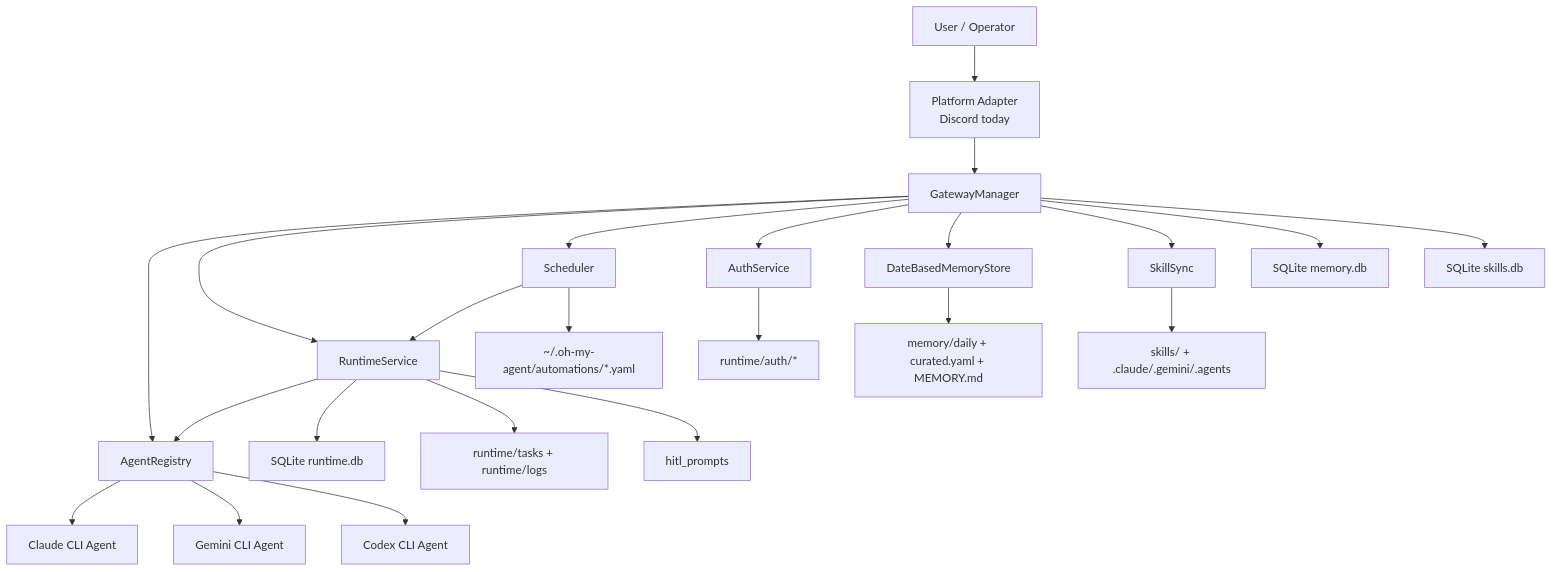
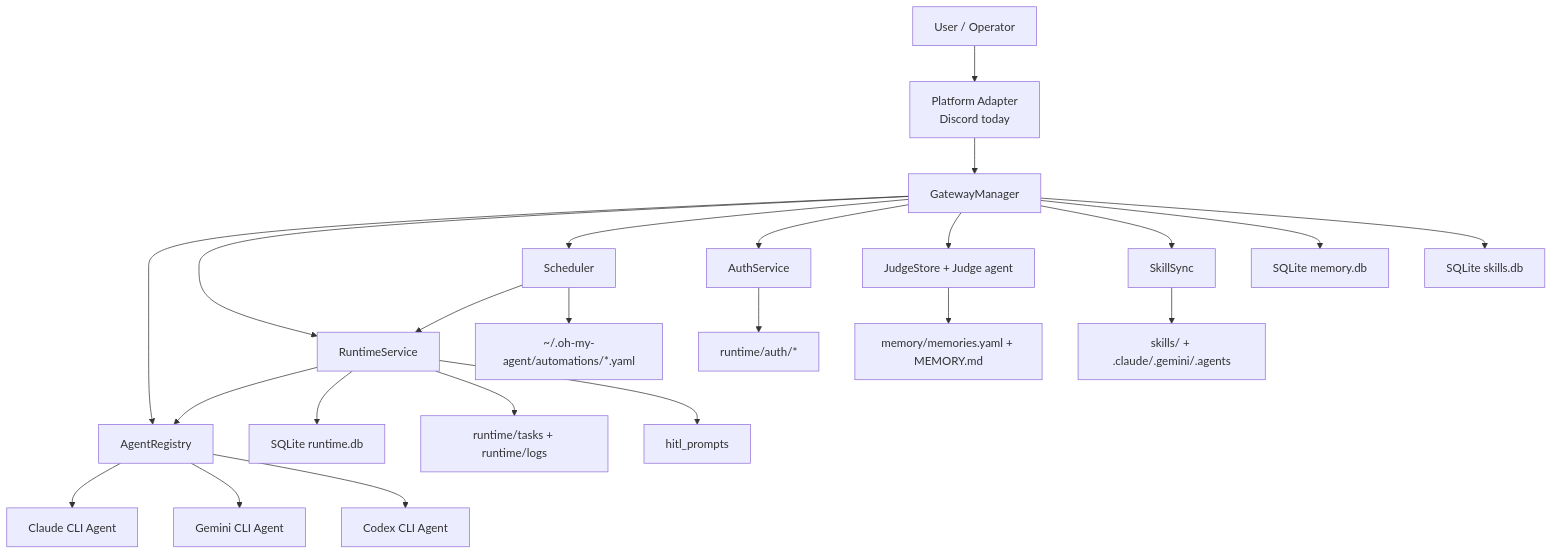
Before and after one commit to TCoherence/oh-my-agent: the first of 6 diagrams in docs/EN/architecture.md, drawn with Mermaid. The commit also changed 26 other files, not shown here.

````diff
--- a/docs/EN/architecture.md
+++ b/docs/EN/architecture.md
@@ -17,30 +17,30 @@
 ```mermaid
 flowchart TD
     U["User / Operator"] --> P["Platform Adapter<br/>Discord today"]
     P --> GM["GatewayManager"]
 
     GM --> AR["AgentRegistry"]
     AR --> A1["Claude CLI Agent"]
     AR --> A2["Gemini CLI Agent"]
     AR --> A3["Codex CLI Agent"]
 
     GM --> RT["RuntimeService"]
     GM --> SCH["Scheduler"]
     GM --> AUTH["AuthService"]
-    GM --> MEM["DateBasedMemoryStore"]
+    GM --> MEM["JudgeStore + Judge agent"]
     GM --> SS["SkillSync"]
 
     RT --> AR
     RT --> DB["SQLite runtime.db"]
     GM --> CDB["SQLite memory.db"]
     GM --> SDB["SQLite skills.db"]
     RT --> FS["runtime/tasks + runtime/logs"]
     RT --> HITL["hitl_prompts"]
 
     SCH --> RT
     SCH --> AF["~/.oh-my-agent/automations/*.yaml"]
 
     AUTH --> AUTHFS["runtime/auth/*"]
-    MEM --> MEMFS["memory/daily + curated.yaml + MEMORY.md"]
+    MEM --> MEMFS["memory/memories.yaml + MEMORY.md"]
     SS --> SK["skills/ + .claude/.gemini/.agents"]
 ```
````
